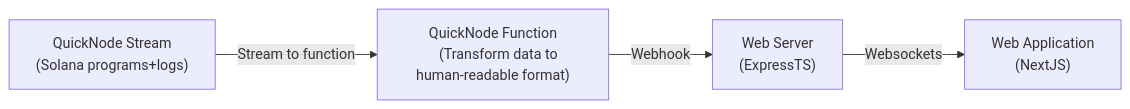
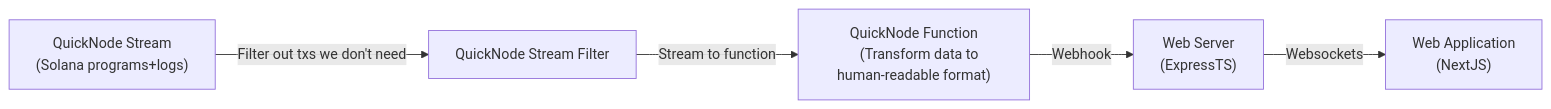
One commit to Leeyah-123/katlog changed the diagram in README.md. Above: the diagram before and after it, drawn with Mermaid.

Commit message:
docs: Update data flow

````diff
--- a/README.md
+++ b/README.md
@@ -27,10 +27,11 @@
 ```mermaid
 flowchart LR
     A["QuickNode Stream
-    (Solana programs+logs)"] -->|Stream to function| B["QuickNode Function
+    (Solana programs+logs)"] -->|Filter out txs we don't need| B["QuickNode Stream Filter"]
+    B-->|Stream to function| C["QuickNode Function
     (Transform data to human-readable format)"]
-    B -->|Webhook| C["Web Server
+    C -->|Webhook| D["Web Server
     (ExpressTS)"]
-    C -->|Websockets| D["Web Application
+    D -->|Websockets| E["Web Application
     (NextJS)"]
 ```
````
